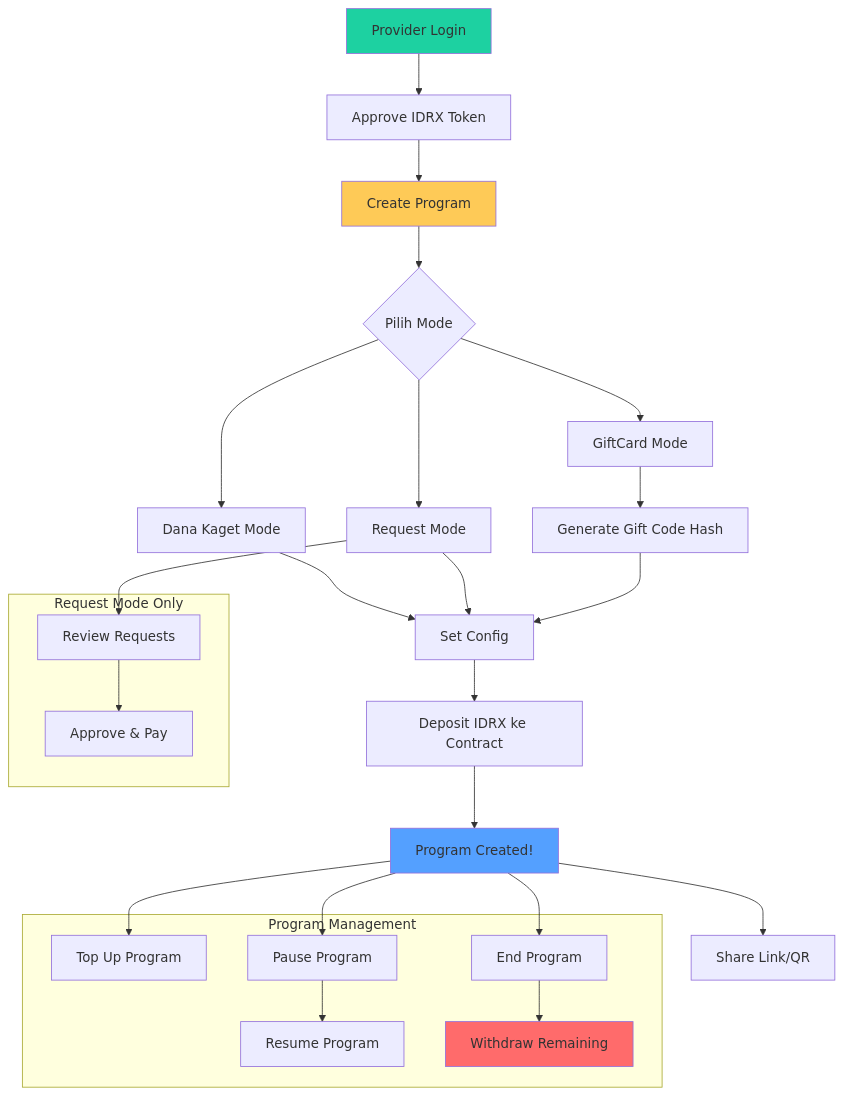
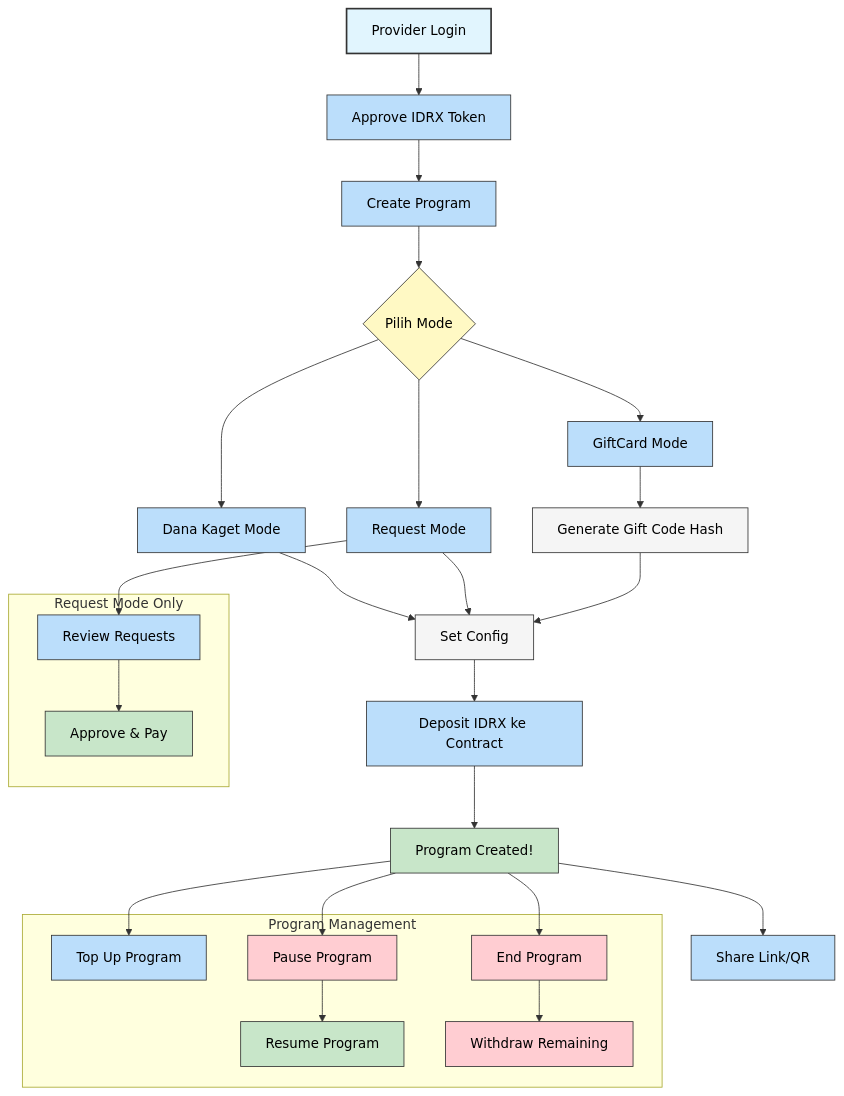
One commit to raflimulyarahman/PocketGrant changed the third of 9 diagrams in WALKTHROUGH.md. Above: the diagram before and after it, drawn with Mermaid. The commit also changed other lines of this file, not shown here.

Commit message:
docs: improve contrast and readability of Mermaid diagrams in walkthrough

````diff
--- a/WALKTHROUGH.md
+++ b/WALKTHROUGH.md
@@ -139,45 +143,47 @@
 ```mermaid
 flowchart TD
-    A[Provider Login] --> B[Approve IDRX Token]
-    B --> C[Create Program]
+    classDef startNode stroke:#333,stroke-width:2px,fill:#e1f5fe,color:#000
+    classDef decision stroke:#333,stroke-width:1px,fill:#fff9c4,color:#000
+    classDef action stroke:#333,stroke-width:1px,fill:#bbdefb,color:#000
+    classDef subNode stroke:#333,stroke-width:1px,fill:#f5f5f5,color:#000
+    classDef success stroke:#333,stroke-width:1px,fill:#c8e6c9,color:#000
+    classDef danger stroke:#333,stroke-width:1px,fill:#ffcdd2,color:#000
 
-    C --> D{Pilih Mode}
-    D --> D1[Dana Kaget Mode]
-    D --> D2[Request Mode]
-    D --> D3[GiftCard Mode]
+    A[Provider Login]:::startNode --> B[Approve IDRX Token]:::action
+    B --> C[Create Program]:::action
 
-    D1 --> E[Set Config]
+    C --> D{Pilih Mode}:::decision
+    D --> D1[Dana Kaget Mode]:::action
+    D --> D2[Request Mode]:::action
+    D --> D3[GiftCard Mode]:::action
+
+    D1 --> E[Set Config]:::subNode
     D2 --> E
-    D3 --> F[Generate Gift Code Hash]
+    D3 --> F[Generate Gift Code Hash]:::subNode
     F --> E
 
-    E --> G[Deposit IDRX ke Contract]
-    G --> H[Program Created!]
-    H --> I[Share Link/QR]
+    E --> G[Deposit IDRX ke Contract]:::action
+    G --> H[Program Created!]:::success
+    H --> I[Share Link/QR]:::action
 
     subgraph "Program Management"
-        J[Top Up Program]
-        K[Pause Program]
-        L[Resume Program]
-        M[End Program]
-        N[Withdraw Remaining]
+        J[Top Up Program]:::action
+        K[Pause Program]:::danger
+        L[Resume Program]:::success
+        M[End Program]:::danger
+        N[Withdraw Remaining]:::danger
     end
 
     H --> J
     H --> K
     K --> L
     H --> M
     M --> N
 
     subgraph "Request Mode Only"
-        O[Review Requests]
-        O --> P[Approve & Pay]
+        O[Review Requests]:::action
+        O --> P[Approve & Pay]:::success
     end
 
     D2 --> O
-
-    style A fill:#1dd1a1
-    style C fill:#feca57
-    style H fill:#54a0ff
-    style N fill:#ff6b6b
 ```
````
